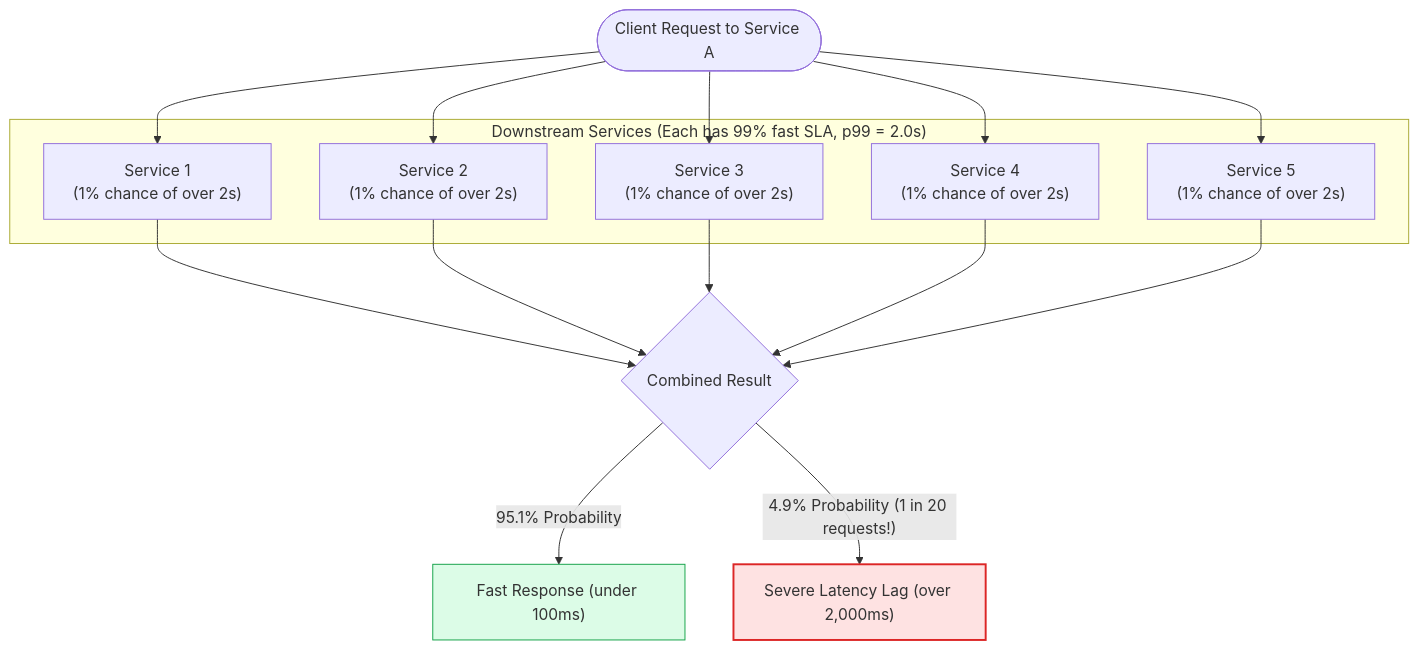
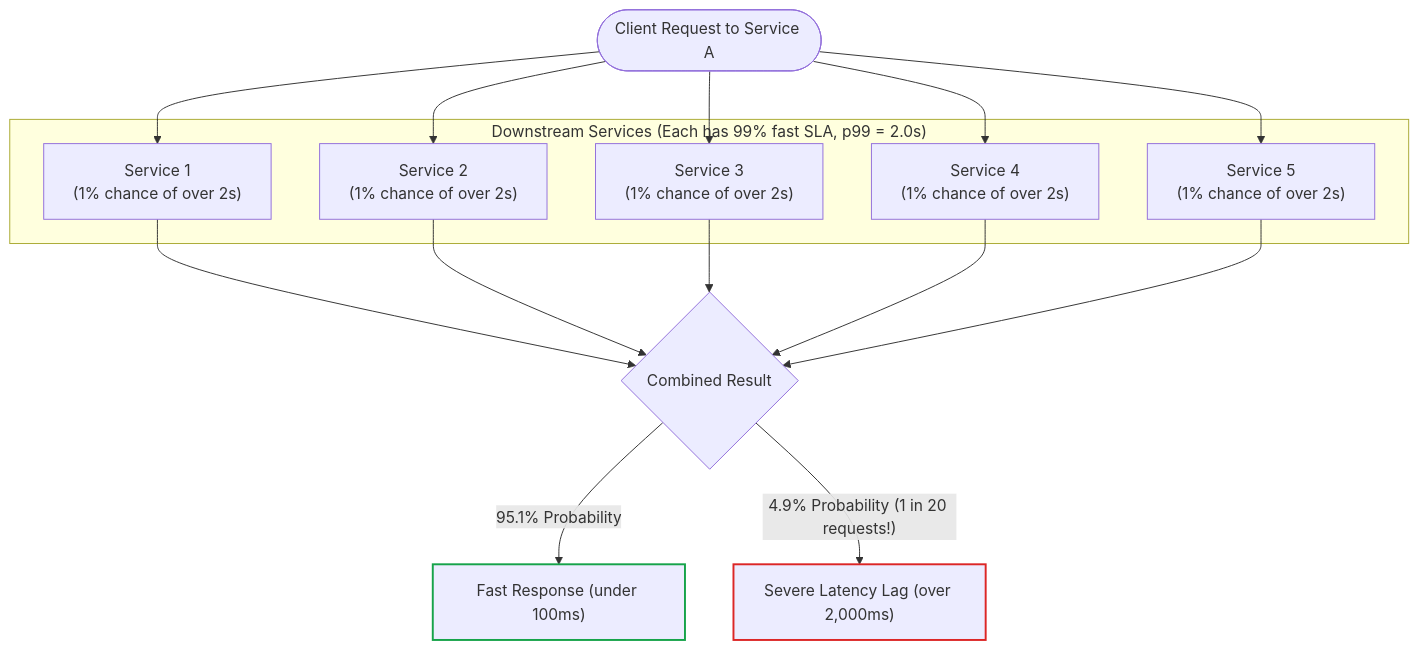
The second of 3 diagrams in docs/01-strict-timeouts.md (yodh4/ubiquitous-parakeet), drawn with Mermaid before and after one commit. The commit also changed other lines of this file and 5 other files, not shown here.

Commit message:
Docs: Fix dark/light theme contrast across all diagrams and add DOCUMENTATION_RULES.md

````diff
--- a/docs/01-strict-timeouts.md
+++ b/docs/01-strict-timeouts.md
@@ -79,23 +71,23 @@
 ```mermaid
 flowchart TD
     Client(["Client Request to Service A"]) --> S1
     Client --> S2
     Client --> S3
     Client --> S4
     Client --> S5
 
     subgraph Microservices ["Downstream Services (Each has 99% fast SLA, p99 = 2.0s)"]
         S1["Service 1<br/>(1% chance of over 2s)"]
         S2["Service 2<br/>(1% chance of over 2s)"]
         S3["Service 3<br/>(1% chance of over 2s)"]
         S4["Service 4<br/>(1% chance of over 2s)"]
         S5["Service 5<br/>(1% chance of over 2s)"]
     end
 
     S1 & S2 & S3 & S4 & S5 --> Aggregator{"Combined Result"}
     Aggregator -->|"95.1% Probability"| FastResp["Fast Response (under 100ms)"]
     Aggregator -->|"4.9% Probability (1 in 20 requests!)"| SlowResp["Severe Latency Lag (over 2,000ms)"]
 
-    style SlowResp fill:#fee2e2,stroke:#dc2626,stroke-width:2px
-    style FastResp fill:#dcfce7,stroke:#16a34a,stroke-width:1px
+    style SlowResp stroke:#dc2626,stroke-width:2px
+    style FastResp stroke:#16a34a,stroke-width:2px
 ```
````
